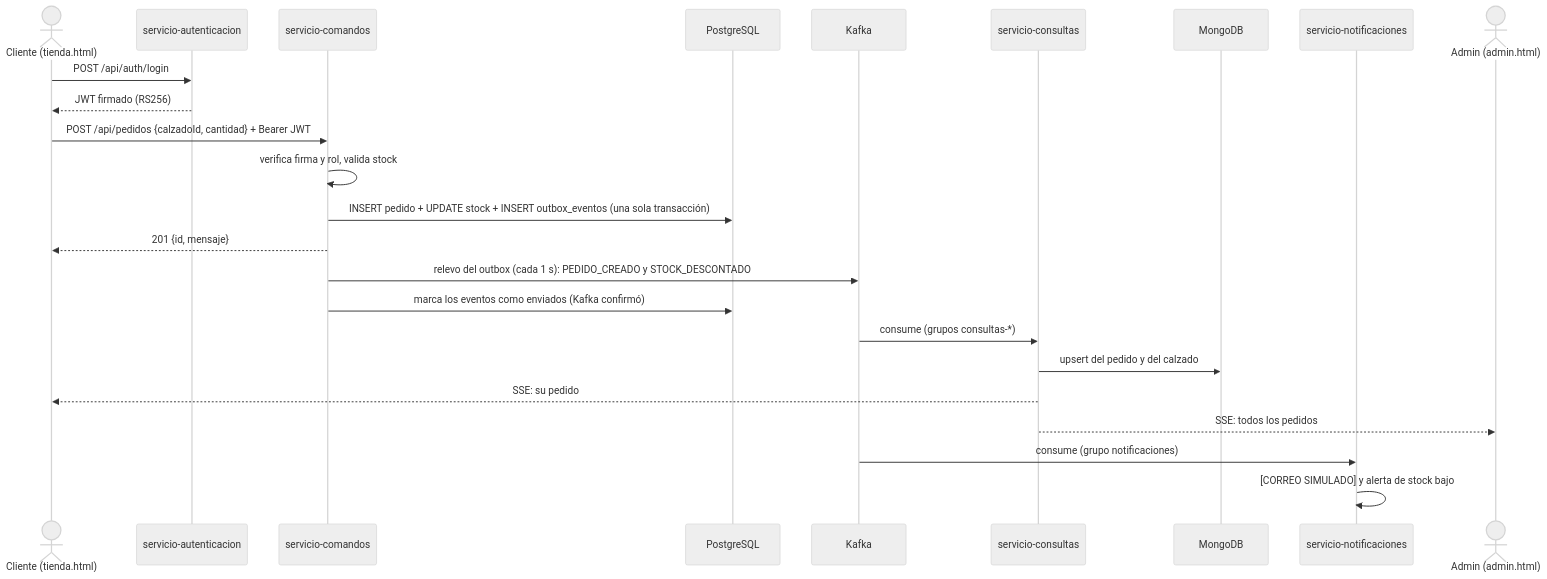
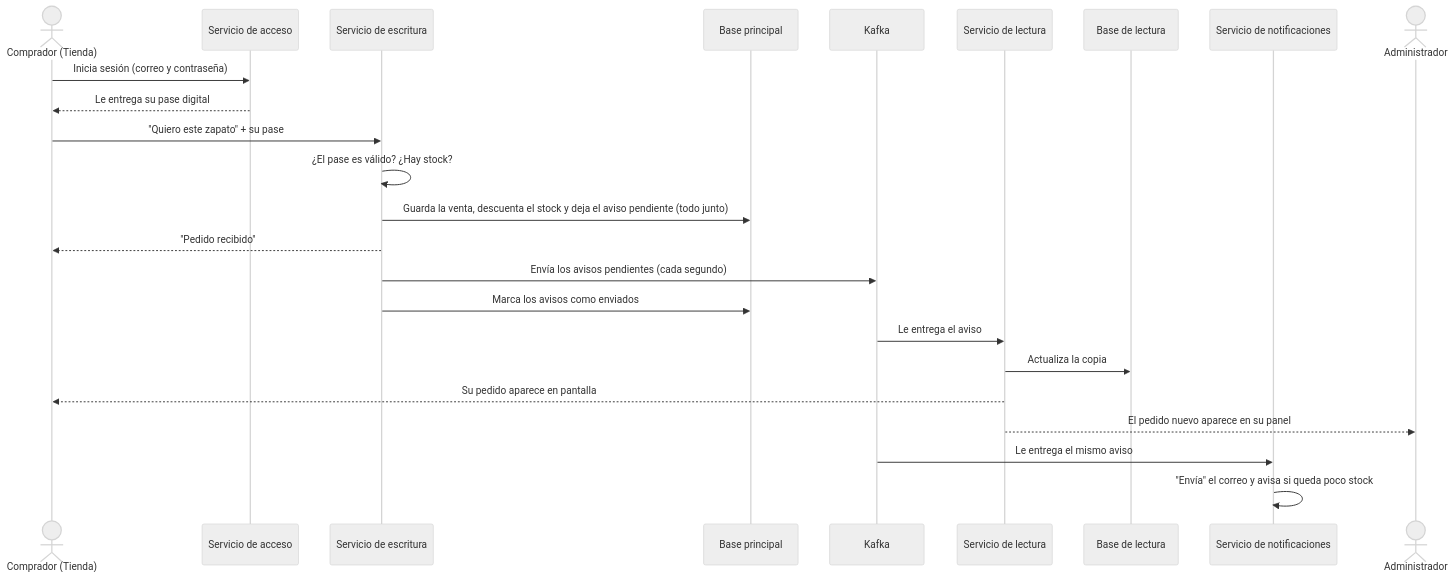
Before and after one commit to JNoxg8/proyecto-CQRS: the second of 2 diagrams in README.md, drawn with Mermaid (neutral theme). The commit also changed other lines of this file, not shown here.

````diff
--- a/README.md
+++ b/README.md
@@ -129,27 +154,27 @@
 ```mermaid
 sequenceDiagram
-    actor C as Cliente (tienda.html)
-    participant A as servicio-autenticacion
-    participant W as servicio-comandos
-    participant PG as PostgreSQL
+    actor C as Comprador (Tienda)
+    participant A as Servicio de acceso
+    participant W as Servicio de escritura
+    participant PG as Base principal
     participant K as Kafka
-    participant R as servicio-consultas
-    participant M as MongoDB
-    participant N as servicio-notificaciones
-    actor AD as Admin (admin.html)
+    participant R as Servicio de lectura
+    participant M as Base de lectura
+    participant N as Servicio de notificaciones
+    actor AD as Administrador
 
-    C->>A: POST /api/auth/login
-    A-->>C: JWT firmado (RS256)
-    C->>W: POST /api/pedidos {calzadoId, cantidad} + Bearer JWT
-    W->>W: verifica firma y rol, valida stock
-    W->>PG: INSERT pedido + UPDATE stock + INSERT outbox_eventos (una sola transacción)
-    W-->>C: 201 {id, mensaje}
-    W->>K: relevo del outbox (cada 1 s): PEDIDO_CREADO y STOCK_DESCONTADO
-    W->>PG: marca los eventos como enviados (Kafka confirmó)
-    K->>R: consume (grupos consultas-*)
-    R->>M: upsert del pedido y del calzado
-    R-->>C: SSE: su pedido
-    R-->>AD: SSE: todos los pedidos
-    K->>N: consume (grupo notificaciones)
-    N->>N: [CORREO SIMULADO] y alerta de stock bajo
+    C->>A: Inicia sesión (correo y contraseña)
+    A-->>C: Le entrega su pase digital
+    C->>W: "Quiero este zapato" + su pase
+    W->>W: ¿El pase es válido? ¿Hay stock?
+    W->>PG: Guarda la venta, descuenta el stock y deja el aviso pendiente (todo junto)
+    W-->>C: "Pedido recibido"
+    W->>K: Envía los avisos pendientes (cada segundo)
+    W->>PG: Marca los avisos como enviados
+    K->>R: Le entrega el aviso
+    R->>M: Actualiza la copia
+    R-->>C: Su pedido aparece en pantalla
+    R-->>AD: El pedido nuevo aparece en su panel
+    K->>N: Le entrega el mismo aviso
+    N->>N: "Envía" el correo y avisa si queda poco stock
 ```
````
